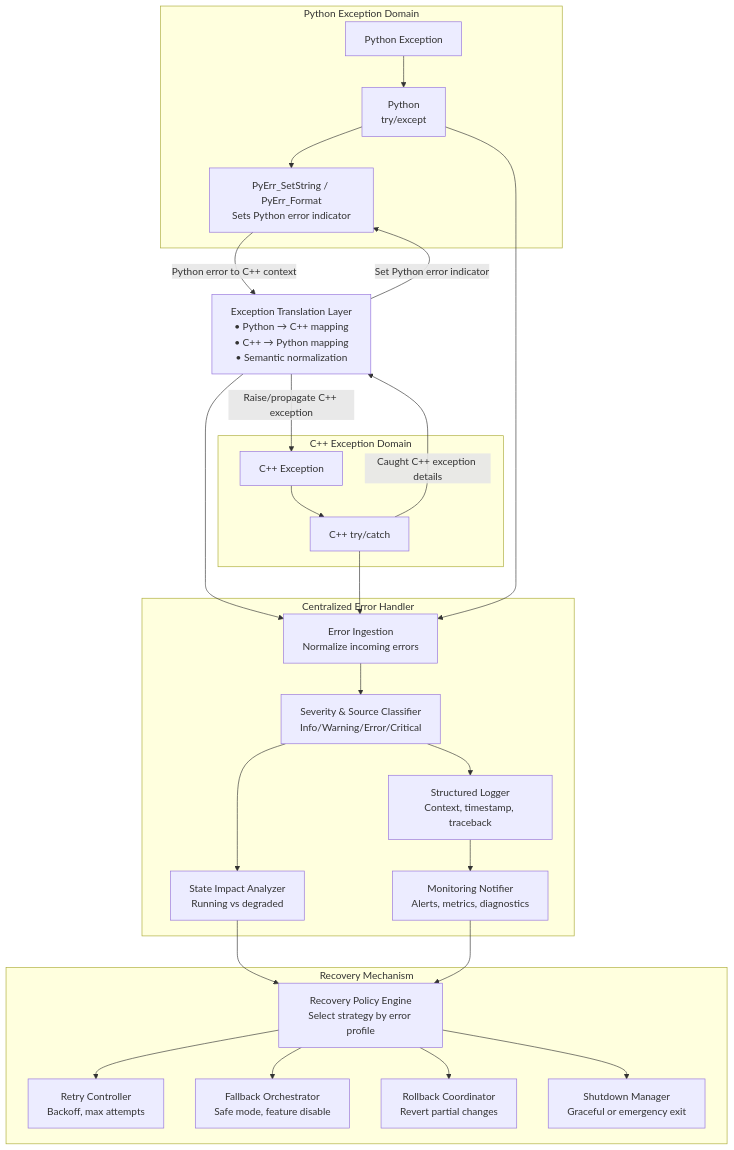
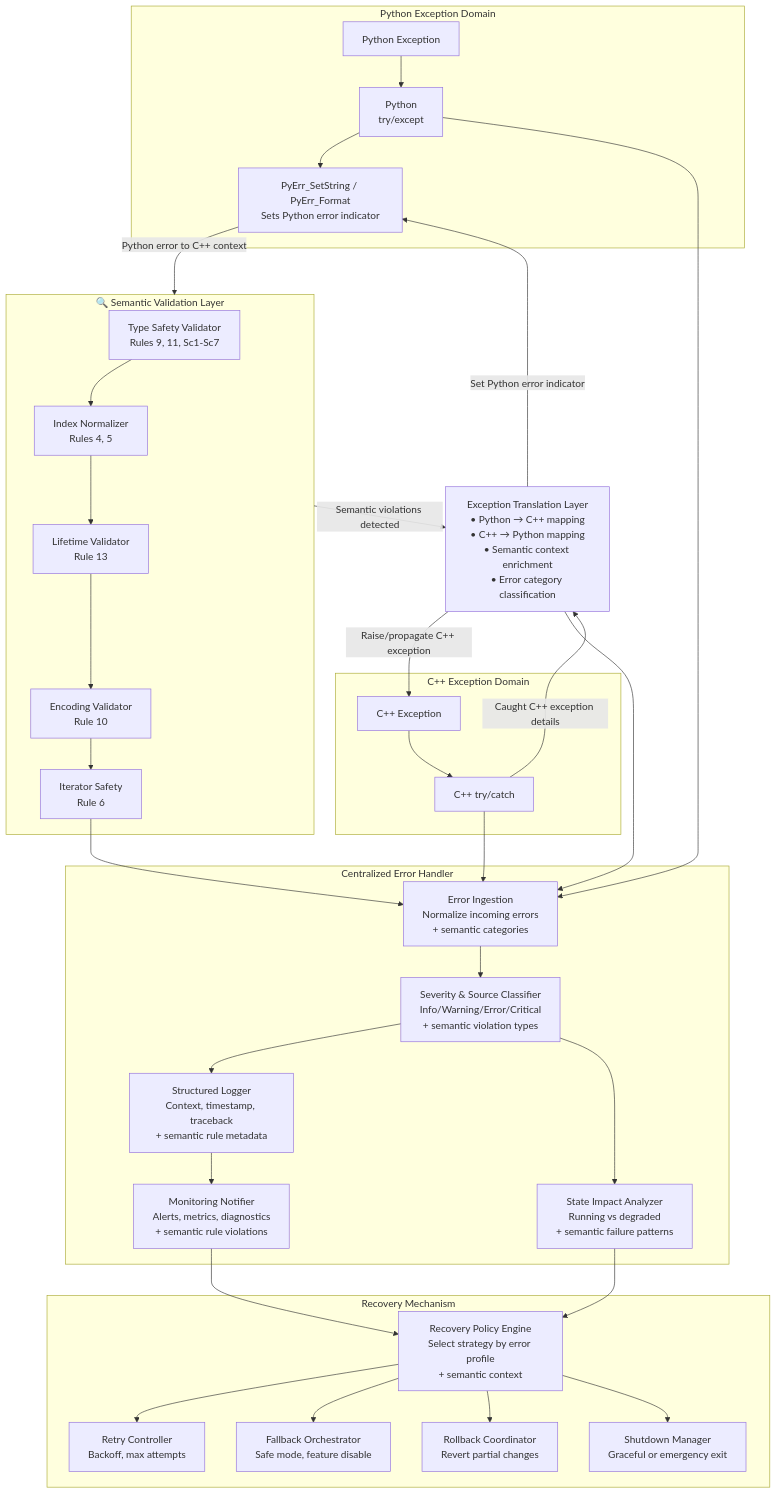
The third of 7 diagrams in c_values_exposed_to_python_struct_and_vector_bind/doc/architecture/ERROR_HANDLING_ARCHITECTURE.md (euclid-skyline/cpp_python_integration), drawn with Mermaid before and after one commit. The commit also changed other lines of this file, not shown here.

First line of the commit message:
docs: Update ERROR_HANDLING_ARCHITECTURE.md to integrate semantic rules for error detection and handling

````diff
--- a/c_values_exposed_to_python_struct_and_vector_bind/doc/architecture/ERROR_HANDLING_ARCHITECTURE.md
+++ b/c_values_exposed_to_python_struct_and_vector_bind/doc/architecture/ERROR_HANDLING_ARCHITECTURE.md
@@ -186,54 +193,69 @@
 ```mermaid
 graph TD
     subgraph PyDomain["Python Exception Domain"]
         PyEx["Python Exception"]
         PyTry["Python<br/>try/except"]
         PyErr["PyErr_SetString / PyErr_Format<br/>Sets Python error indicator"]
         PyEx --> PyTry --> PyErr
     end
 
-    XL["Exception Translation Layer<br/>• Python → C++ mapping<br/>• C++ → Python mapping<br/>• Semantic normalization"]
+    subgraph SemVal["🔍 Semantic Validation Layer"]
+        SemType["Type Safety Validator<br/>Rules 9, 11, Sc1-Sc7"]
+        SemIdx["Index Normalizer<br/>Rules 4, 5"]
+        SemLife["Lifetime Validator<br/>Rule 13"]
+        SemEnc["Encoding Validator<br/>Rule 10"]
+        SemIter["Iterator Safety<br/>Rule 6"]
+        
+        SemType --> SemIdx
+        SemIdx --> SemLife
+        SemLife --> SemEnc
+        SemEnc --> SemIter
+    end
+
+    XL["Exception Translation Layer<br/>• Python → C++ mapping<br/>• C++ → Python mapping<br/>• Semantic context enrichment<br/>• Error category classification"]
 
     subgraph CppDomain["C++ Exception Domain"]
         CppEx["C++ Exception"]
         CppTry["C++ try/catch"]
         CppEx --> CppTry
     end
 
-    PyErr -->|Python error to C++ context| XL
+    PyErr -->|Python error to C++ context| SemVal
+    SemVal -->|Semantic violations detected| XL
     XL -->|Raise/propagate C++ exception| CppEx
     CppTry -->|Caught C++ exception details| XL
     XL -->|Set Python error indicator| PyErr
 
     subgraph CEH["Centralized Error Handler"]
-        EHIngest["Error Ingestion<br/>Normalize incoming errors"]
-        EHClassify["Severity & Source Classifier<br/>Info/Warning/Error/Critical"]
-        EHLogger["Structured Logger<br/>Context, timestamp, traceback"]
-        EHState["State Impact Analyzer<br/>Running vs degraded"]
-        EHNotify["Monitoring Notifier<br/>Alerts, metrics, diagnostics"]
+        EHIngest["Error Ingestion<br/>Normalize incoming errors<br/>+ semantic categories"]
+        EHClassify["Severity & Source Classifier<br/>Info/Warning/Error/Critical<br/>+ semantic violation types"]
+        EHLogger["Structured Logger<br/>Context, timestamp, traceback<br/>+ semantic rule metadata"]
+        EHState["State Impact Analyzer<br/>Running vs degraded<br/>+ semantic failure patterns"]
+        EHNotify["Monitoring Notifier<br/>Alerts, metrics, diagnostics<br/>+ semantic rule violations"]
 
         EHIngest --> EHClassify
         EHClassify --> EHLogger
         EHClassify --> EHState
         EHLogger --> EHNotify
     end
 
     subgraph RM["Recovery Mechanism"]
-        RMPolicy["Recovery Policy Engine<br/>Select strategy by error profile"]
+        RMPolicy["Recovery Policy Engine<br/>Select strategy by error profile<br/>+ semantic context"]
         RMRetry["Retry Controller<br/>Backoff, max attempts"]
         RMFallback["Fallback Orchestrator<br/>Safe mode, feature disable"]
         RMRollback["Rollback Coordinator<br/>Revert partial changes"]
         RMShutdown["Shutdown Manager<br/>Graceful or emergency exit"]
 
         RMPolicy --> RMRetry
         RMPolicy --> RMFallback
         RMPolicy --> RMRollback
         RMPolicy --> RMShutdown
     end
 
     XL --> EHIngest
     CppTry --> EHIngest
     PyTry --> EHIngest
+    SemIter --> EHIngest
     EHState --> RMPolicy
     EHNotify --> RMPolicy
 ```
````
